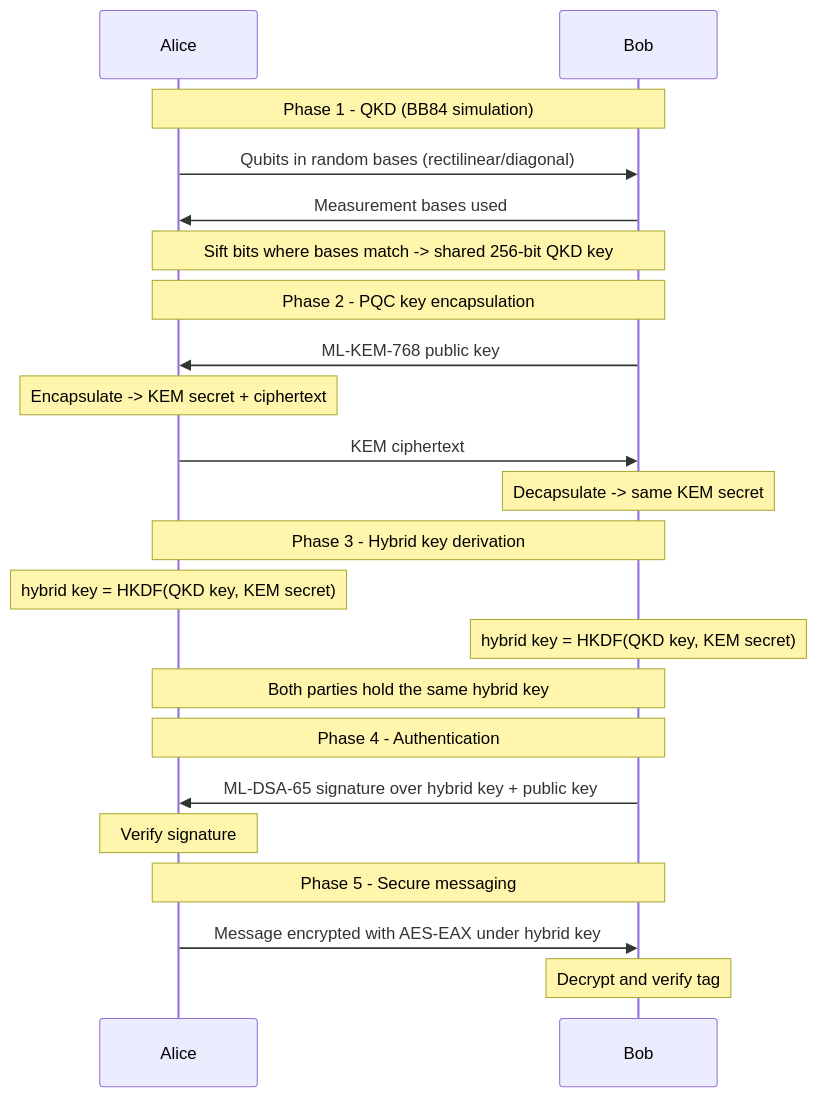
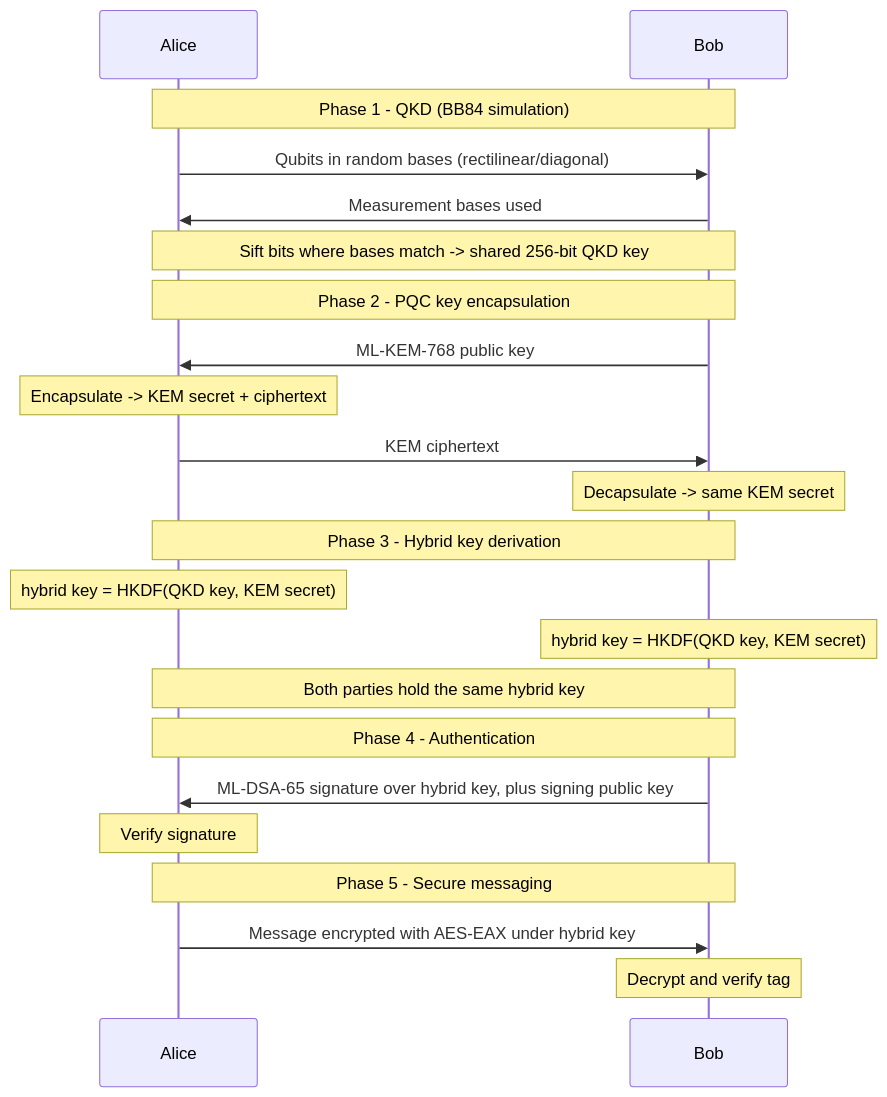
The diagram in README.md (juangedaan/hybrid-security-qkd-pqc), drawn with Mermaid before and after one commit.

Commit message:
README: clarify signature covers hybrid key only

````diff
--- a/README.md
+++ b/README.md
@@ -5,29 +5,29 @@
 ```mermaid
 sequenceDiagram
     participant Alice
     participant Bob
 
     Note over Alice,Bob: Phase 1 - QKD (BB84 simulation)
     Alice->>Bob: Qubits in random bases (rectilinear/diagonal)
     Bob->>Alice: Measurement bases used
     Note over Alice,Bob: Sift bits where bases match -> shared 256-bit QKD key
 
     Note over Alice,Bob: Phase 2 - PQC key encapsulation
     Bob->>Alice: ML-KEM-768 public key
     Note over Alice: Encapsulate -> KEM secret + ciphertext
     Alice->>Bob: KEM ciphertext
     Note over Bob: Decapsulate -> same KEM secret
 
     Note over Alice,Bob: Phase 3 - Hybrid key derivation
     Note over Alice: hybrid key = HKDF(QKD key, KEM secret)
     Note over Bob: hybrid key = HKDF(QKD key, KEM secret)
     Note over Alice,Bob: Both parties hold the same hybrid key
 
     Note over Alice,Bob: Phase 4 - Authentication
-    Bob->>Alice: ML-DSA-65 signature over hybrid key + public key
+    Bob->>Alice: ML-DSA-65 signature over hybrid key, plus signing public key
     Note over Alice: Verify signature
 
     Note over Alice,Bob: Phase 5 - Secure messaging
     Alice->>Bob: Message encrypted with AES-EAX under hybrid key
     Note over Bob: Decrypt and verify tag
 ```
````
